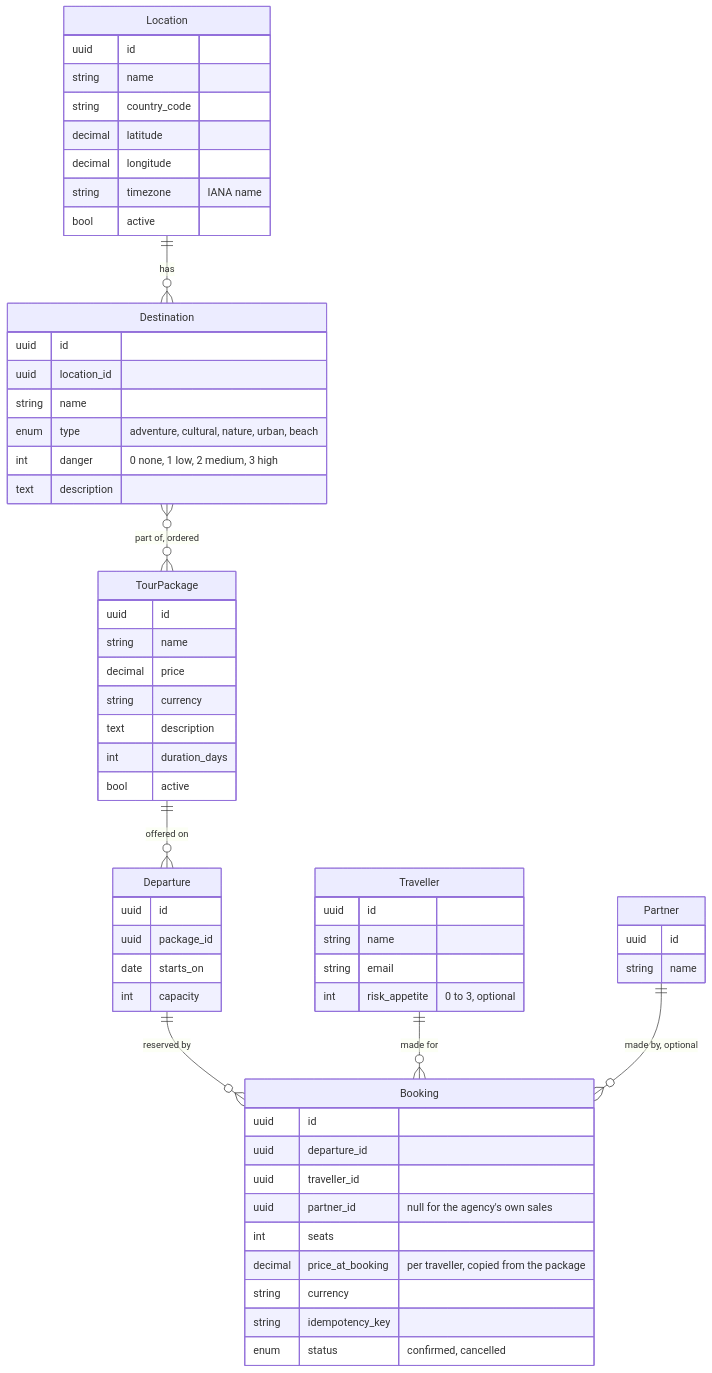
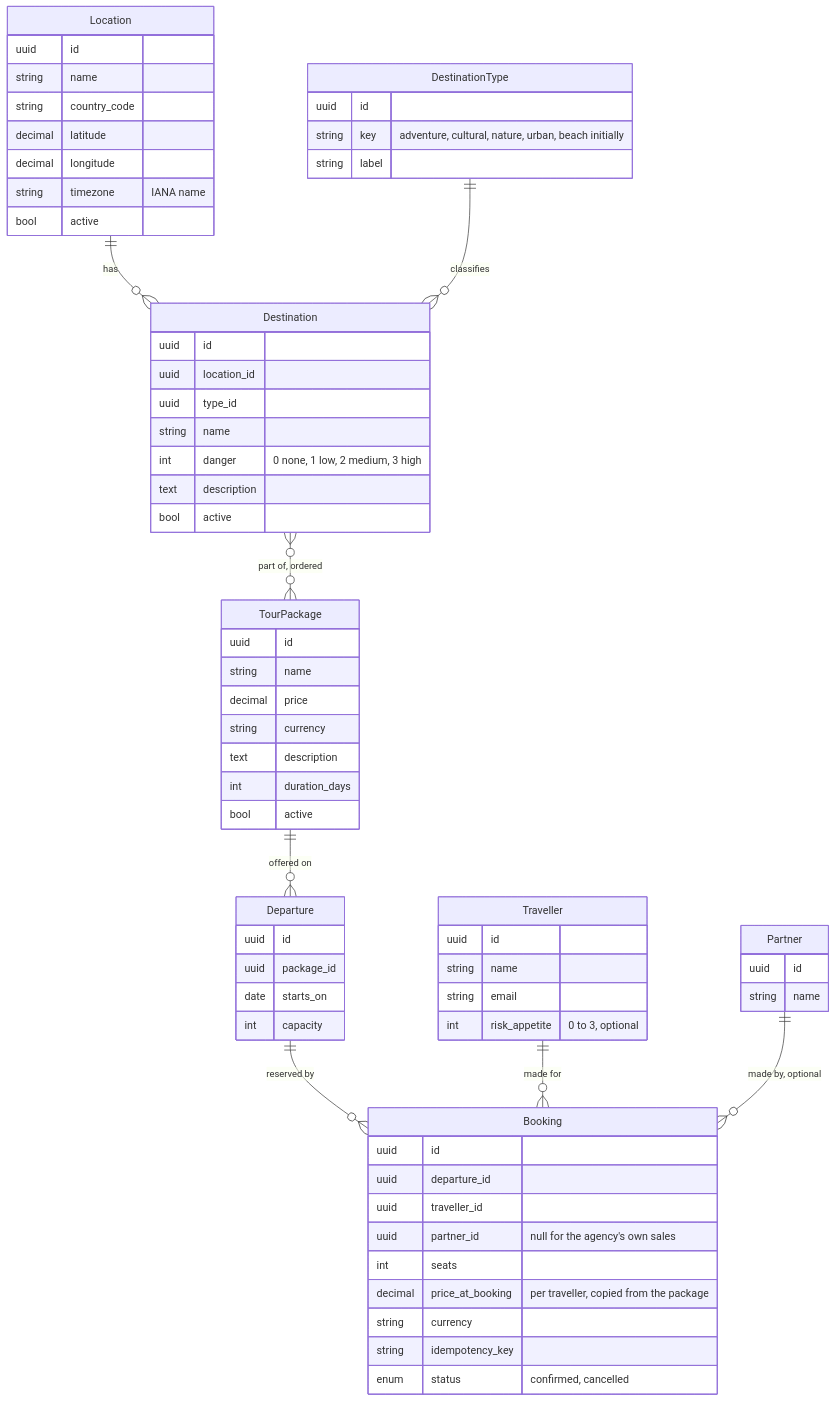
One commit to AlitalipSever/travel-agency changed the diagram in docs/03-data-model.md. Above: the diagram before and after it, drawn with Mermaid. The commit also changed other lines of this file and 2 other files, not shown here.

Commit message:
P2 reviewed: CRUD and audit, type reference list, one type per destination, danger change event, delete guard and inactive semantics

````diff
--- a/docs/03-data-model.md
+++ b/docs/03-data-model.md
@@ -7,63 +7,70 @@
 ```mermaid
 erDiagram
   Location ||--o{ Destination : "has"
+  DestinationType ||--o{ Destination : "classifies"
   Destination }o--o{ TourPackage : "part of, ordered"
   TourPackage ||--o{ Departure : "offered on"
   Departure ||--o{ Booking : "reserved by"
   Traveller ||--o{ Booking : "made for"
   Partner ||--o{ Booking : "made by, optional"
 
   Location {
     uuid id
     string name
     string country_code
     decimal latitude
     decimal longitude
     string timezone "IANA name"
     bool active
   }
   Destination {
     uuid id
     uuid location_id
+    uuid type_id
     string name
-    enum type "adventure, cultural, nature, urban, beach"
     int danger "0 none, 1 low, 2 medium, 3 high"
     text description
+    bool active
+  }
+  DestinationType {
+    uuid id
+    string key "adventure, cultural, nature, urban, beach initially"
+    string label
   }
   TourPackage {
     uuid id
     string name
     decimal price
     string currency
     text description
     int duration_days
     bool active
   }
   Departure {
     uuid id
     uuid package_id
     date starts_on
     int capacity
   }
   Booking {
     uuid id
     uuid departure_id
     uuid traveller_id
     uuid partner_id "null for the agency's own sales"
     int seats
     decimal price_at_booking "per traveller, copied from the package"
     string currency
     string idempotency_key
     enum status "confirmed, cancelled"
   }
   Traveller {
     uuid id
     string name
     string email
     int risk_appetite "0 to 3, optional"
   }
   Partner {
     uuid id
     string name
   }
 ```
````
